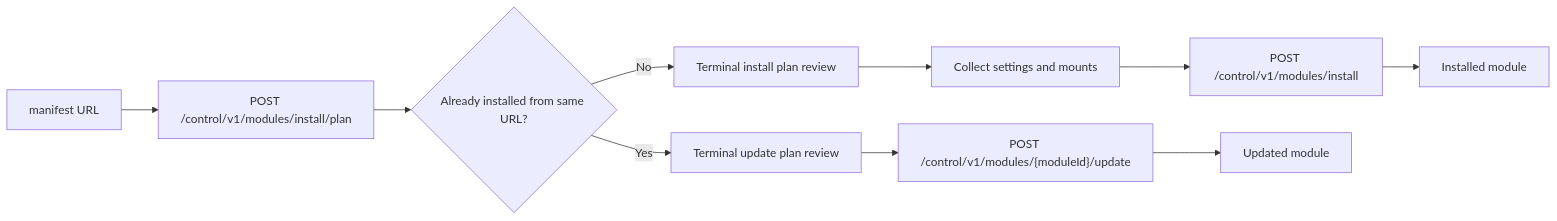
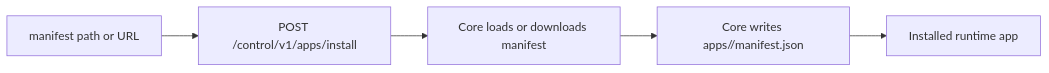
Before and after one commit to alex-de-haas/docker-host: the second of 4 diagrams in docs/features/cli-module-commands.md, drawn with Mermaid. The commit also changed other lines of this file and 11 other files, not shown here.

Commit message:
Support remote manifest URLs for app installs

````diff
--- a/docs/features/cli-module-commands.md
+++ b/docs/features/cli-module-commands.md
@@ -131,12 +134,7 @@
 ```mermaid
 flowchart LR
-  A["manifest URL"] --> B["POST /control/v1/modules/install/plan"]
-  B --> X{"Already installed from same URL?"}
-  X -- "No" --> C["Terminal install plan review"]
-  C --> D["Collect settings and mounts"]
-  D --> E["POST /control/v1/modules/install"]
-  E --> F["Installed module"]
-  X -- "Yes" --> U["Terminal update plan review"]
-  U --> V["POST /control/v1/modules/{moduleId}/update"]
-  V --> W["Updated module"]
+  A["manifest path or URL"] --> B["POST /control/v1/apps/install"]
+  B --> C["Core loads or downloads manifest"]
+  C --> D["Core writes apps/<app-id>/manifest.json"]
+  D --> E["Installed runtime app"]
 ```
````
